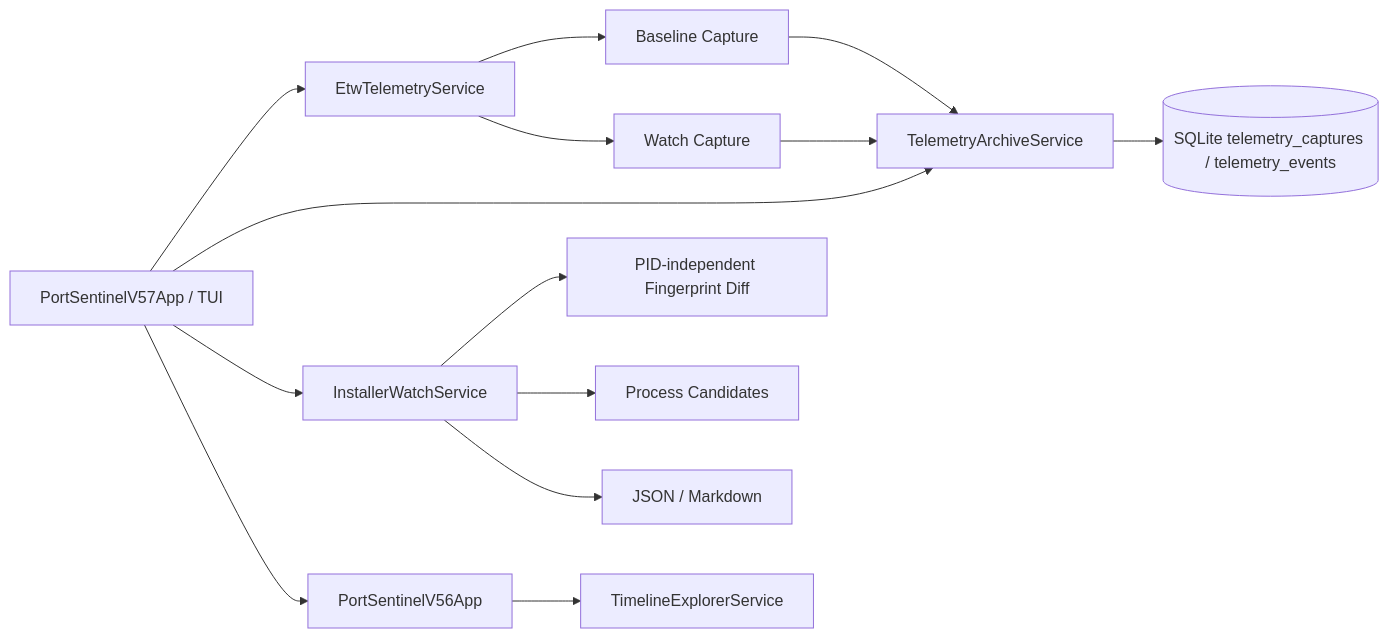
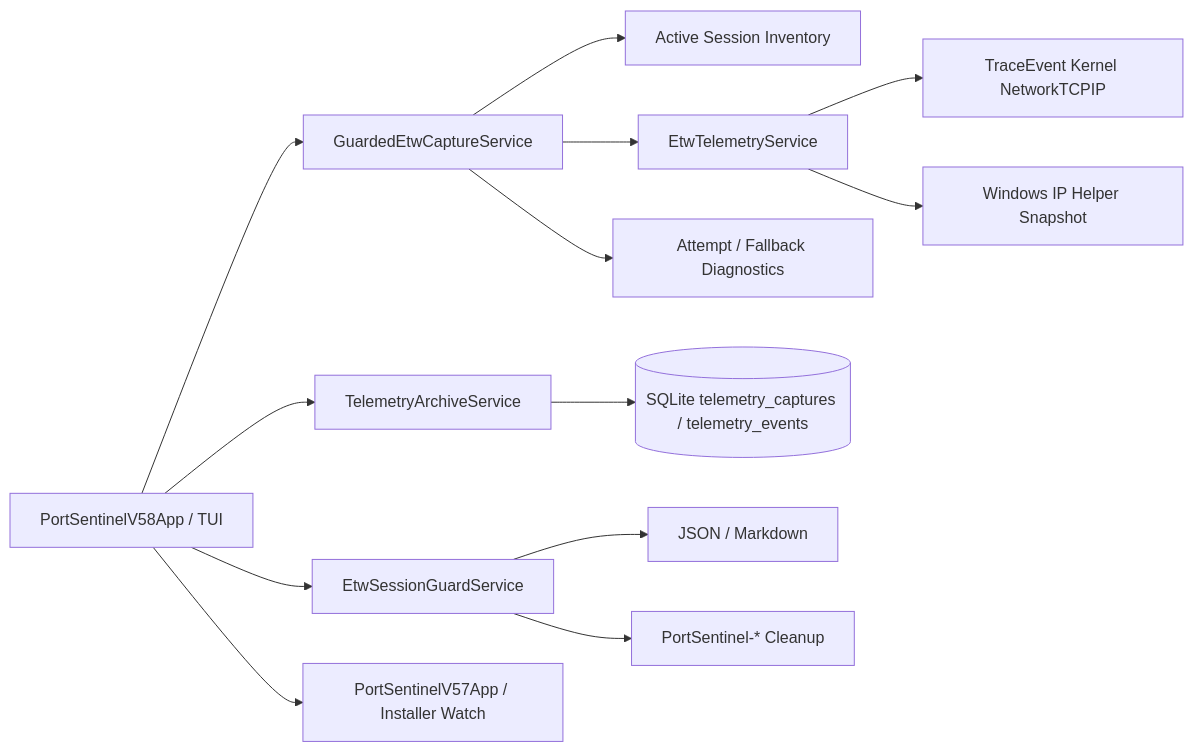
The diagram in docs/ARCHITECTURE.md (Onmaynec/PortSentinel), drawn with Mermaid before and after one commit. The commit also changed other lines of this file, not shown here.

Commit message:
Обновить архитектуру ETW Session Guard

````diff
--- a/docs/ARCHITECTURE.md
+++ b/docs/ARCHITECTURE.md
@@ -5,16 +5,15 @@
 ```mermaid
 flowchart LR
-    UI[PortSentinelV57App / TUI] --> ETW[EtwTelemetryService]
+    UI[PortSentinelV58App / TUI] --> GUARDED[GuardedEtwCaptureService]
+    UI --> SESSION[EtwSessionGuardService]
+    GUARDED --> INVENTORY[Active Session Inventory]
+    GUARDED --> ETW[EtwTelemetryService]
+    ETW --> KERNEL[TraceEvent Kernel NetworkTCPIP]
+    ETW --> FALLBACK[Windows IP Helper Snapshot]
+    GUARDED --> DIAG[Attempt / Fallback Diagnostics]
     UI --> ARCHIVE[TelemetryArchiveService]
-    ETW --> BASELINE[Baseline Capture]
-    ETW --> WATCH[Watch Capture]
-    BASELINE --> ARCHIVE
-    WATCH --> ARCHIVE
     ARCHIVE --> DB[(SQLite telemetry_captures / telemetry_events)]
-    UI --> ANALYZER[InstallerWatchService]
-    ANALYZER --> DIFF[PID-independent Fingerprint Diff]
-    ANALYZER --> PROCESS[Process Candidates]
-    ANALYZER --> REPORTS[JSON / Markdown]
-    UI --> V56[PortSentinelV56App]
-    V56 --> TIMELINE[TimelineExplorerService]
+    SESSION --> REPORTS[JSON / Markdown]
+    SESSION --> OWNED[PortSentinel-* Cleanup]
+    UI --> V57[PortSentinelV57App / Installer Watch]
 ```
````
